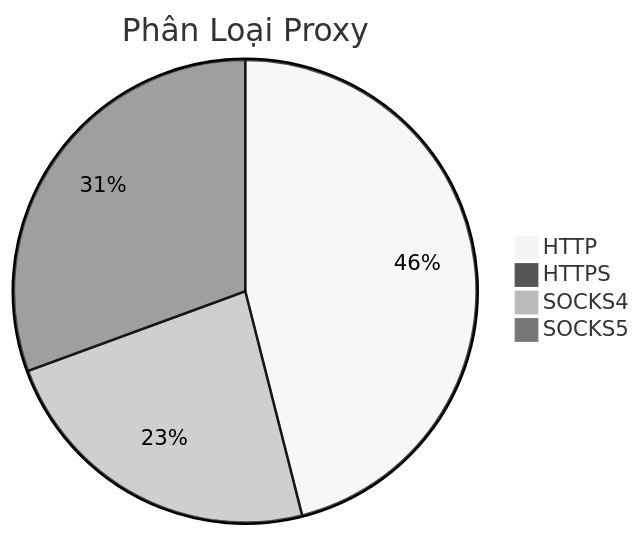
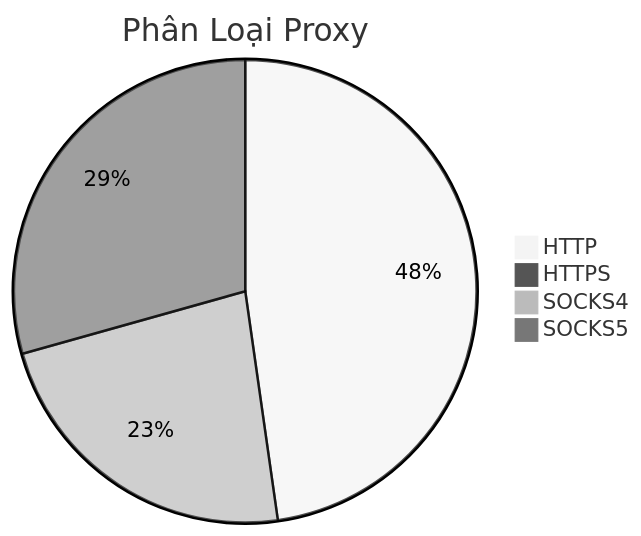
One commit to Ciara-12/PROXY-free changed the diagram in README.md. Above: the diagram before and after it, drawn with Mermaid (neutral theme). The commit also changed other lines of this file and 4 other files, not shown here.

````diff
--- a/README.md
+++ b/README.md
@@ -26,7 +26,7 @@
 ```mermaid
 pie title Phân Loại Proxy
-    "HTTP" : 879
-    "HTTPS" : 0
-    "SOCKS4" : 446
-    "SOCKS5" : 584
+    "HTTP" : 880
+    "HTTPS" : 1
+    "SOCKS4" : 422
+    "SOCKS5" : 541
 ```
````
